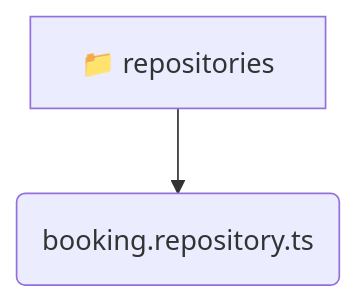
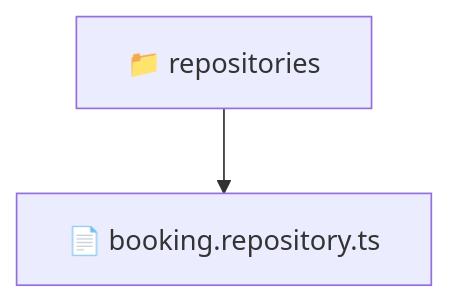
The diagram in backend/src/modules/booking/infrastructure/repositories/README.md (beginwebdev2002/fullstack-mavluda), drawn with Mermaid before and after one commit. The commit also changed other lines of this file and 163 other files, not shown here.

````diff
--- a/backend/src/modules/booking/infrastructure/repositories/README.md
+++ b/backend/src/modules/booking/infrastructure/repositories/README.md
@@ -9,5 +10,5 @@
 ```mermaid
 graph TD
-  repositories[📁 repositories]
-  repositories --> repositories_booking_repository_ts(booking.repository.ts)
+  Root["📁 repositories"]
+  Root --> bookingrepositoryts["📄 booking.repository.ts"]
 ```
````
